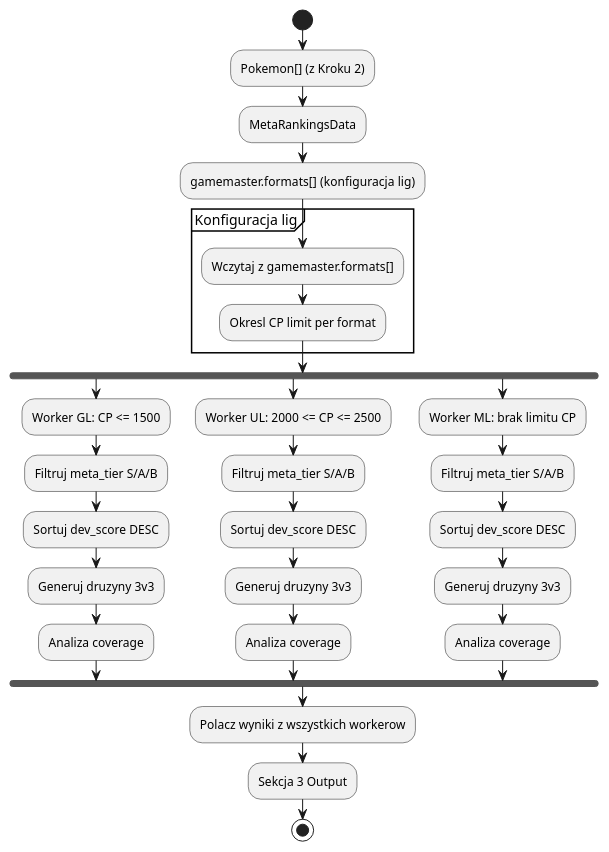
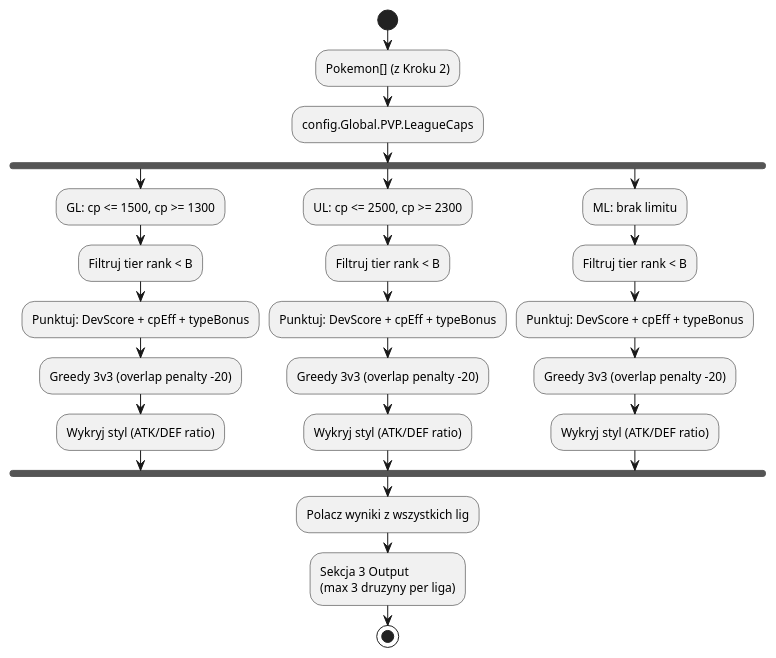
The sixth of 11 diagrams in docs/05-analiza.md (Adzikus/pokemon-go-analizer), drawn with PlantUML before and after one commit. The commit also changed other lines of this file and 8 other files, not shown here.

````diff
--- a/docs/05-analiza.md
+++ b/docs/05-analiza.md
@@ -1116,42 +1162,37 @@
 ```plantuml
 @startuml
 
 start
 
 :Pokemon[] (z Kroku 2);
-:MetaRankingsData;
-:gamemaster.formats[] (konfiguracja lig);
-
-partition "Konfiguracja lig" {
-    :Wczytaj z gamemaster.formats[];
-    :Okresl CP limit per format;
-}
+:config.Global.PVP.LeagueCaps;
 
 fork
-    :Worker GL: CP <= 1500;
-    :Filtruj meta_tier S/A/B;
-    :Sortuj dev_score DESC;
-    :Generuj druzyny 3v3;
-    :Analiza coverage;
+    :GL: cp <= 1500, cp >= 1300;
+    :Filtruj tier rank < B;
+    :Punktuj: DevScore + cpEff + typeBonus;
+    :Greedy 3v3 (overlap penalty -20);
+    :Wykryj styl (ATK/DEF ratio);
 fork again
-    :Worker UL: 2000 <= CP <= 2500;
-    :Filtruj meta_tier S/A/B;
-    :Sortuj dev_score DESC;
-    :Generuj druzyny 3v3;
-    :Analiza coverage;
+    :UL: cp <= 2500, cp >= 2300;
+    :Filtruj tier rank < B;
+    :Punktuj: DevScore + cpEff + typeBonus;
+    :Greedy 3v3 (overlap penalty -20);
+    :Wykryj styl (ATK/DEF ratio);
 fork again
-    :Worker ML: brak limitu CP;
-    :Filtruj meta_tier S/A/B;
-    :Sortuj dev_score DESC;
-    :Generuj druzyny 3v3;
-    :Analiza coverage;
+    :ML: brak limitu;
+    :Filtruj tier rank < B;
+    :Punktuj: DevScore + cpEff + typeBonus;
+    :Greedy 3v3 (overlap penalty -20);
+    :Wykryj styl (ATK/DEF ratio);
 end fork
 
-:Polacz wyniki z wszystkich workerow;
+:Polacz wyniki z wszystkich lig;
 
-:Sekcja 3 Output;
+:Sekcja 3 Output
+(max 3 druzyny per liga);
 
 stop
 
 @enduml
 ```
````
